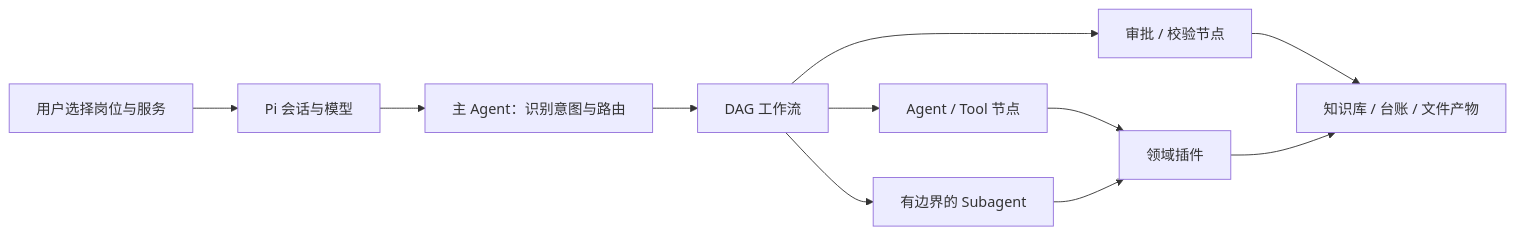
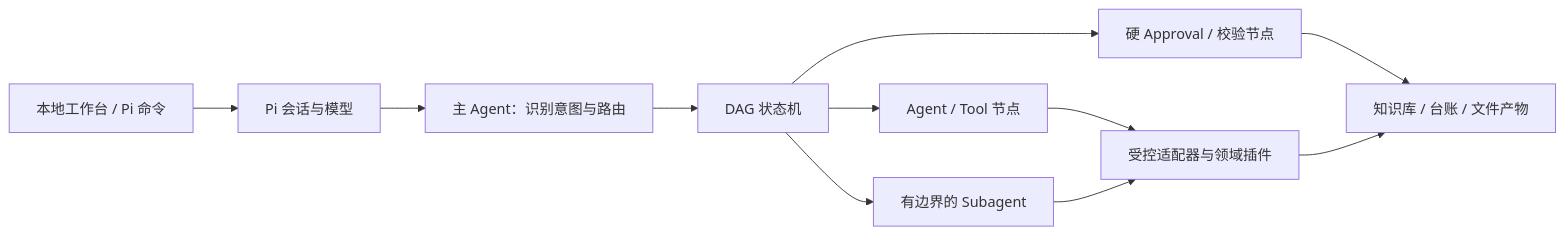
One commit to WH2020/WorkFlow_Market changed the diagram in README.md. Above: the diagram before and after it, drawn with Mermaid. The commit also changed other lines of this file and 26 other files, not shown here.

````diff
--- a/README.md
+++ b/README.md
@@ -14,13 +14,13 @@
 ```mermaid
 flowchart LR
-    U[用户选择岗位与服务] --> PI[Pi 会话与模型]
+    U[本地工作台 / Pi 命令] --> PI[Pi 会话与模型]
     PI --> A[主 Agent：识别意图与路由]
-    A --> D[DAG 工作流]
+    A --> D[DAG 状态机]
     D --> N1[Agent / Tool 节点]
     D --> N2[有边界的 Subagent]
-    D --> N3[审批 / 校验节点]
-    N1 --> P[领域插件]
+    D --> N3[硬 Approval / 校验节点]
+    N1 --> P[受控适配器与领域插件]
     N2 --> P
     N3 --> K[知识库 / 台账 / 文件产物]
     P --> K
 ```
````
